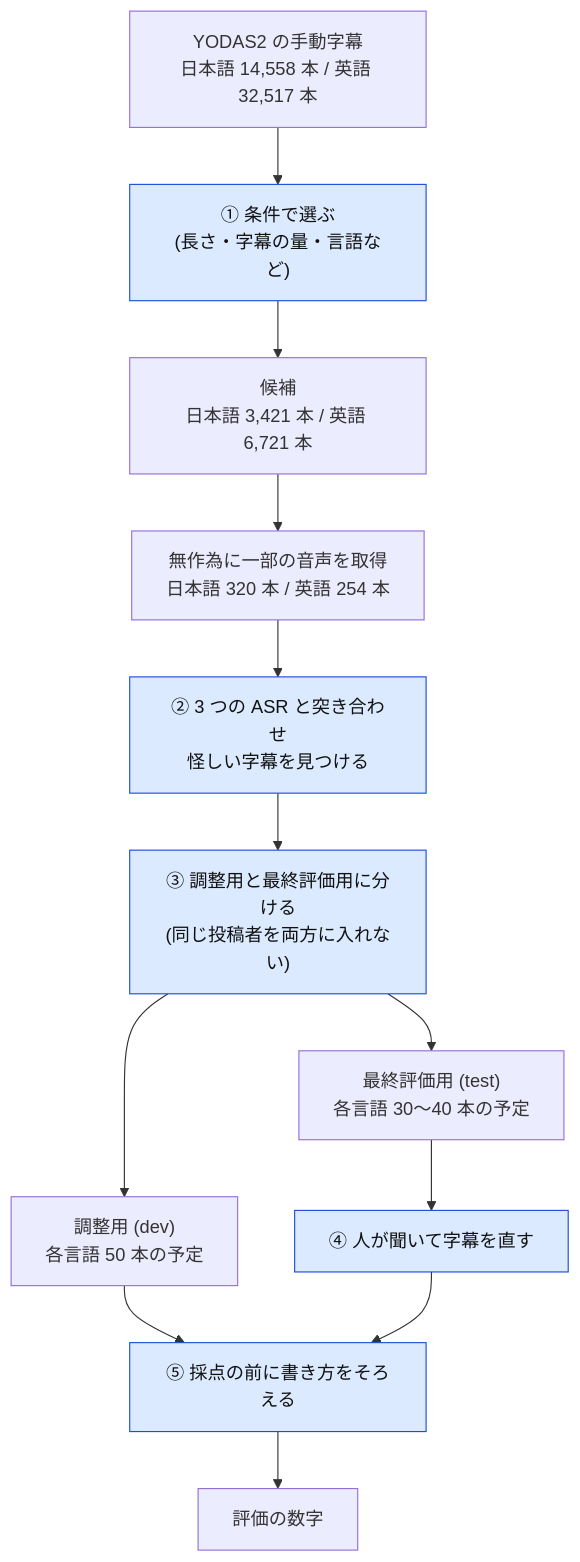
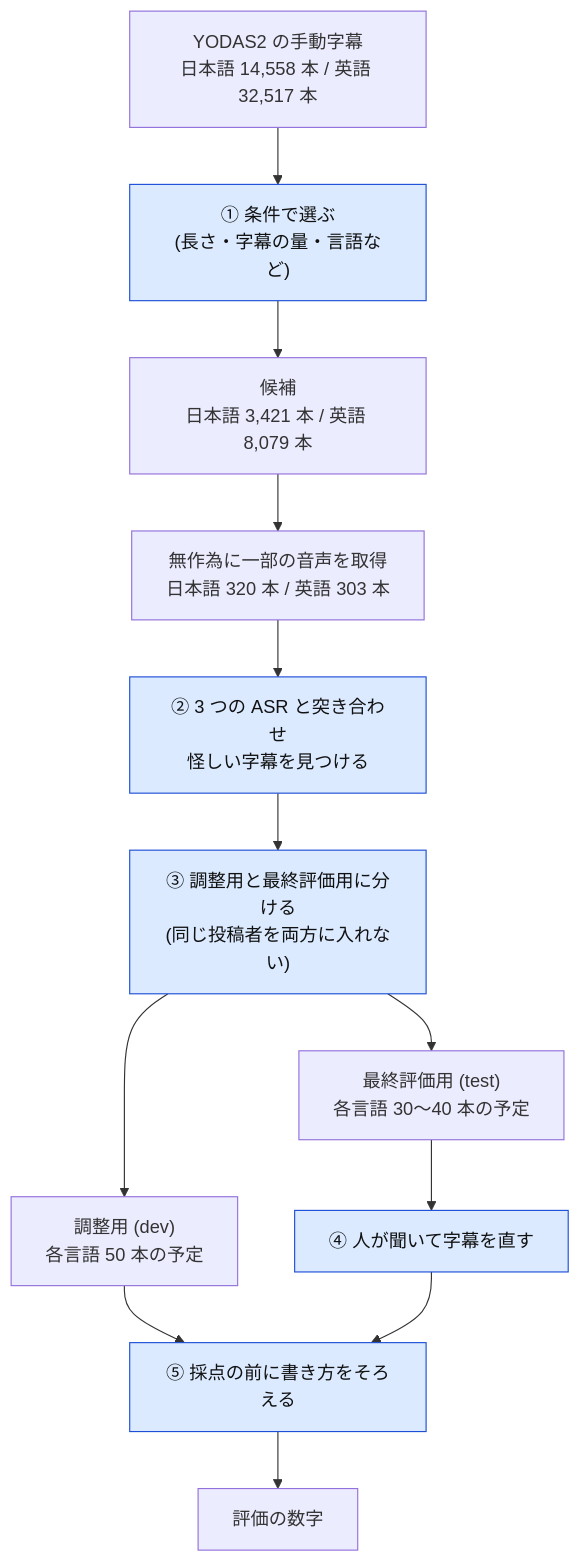
The first of 6 diagrams in docs/guides/benchmark/yodas2-longform-dataset.md (Mega-Gorilla/livecap-cli), drawn with Mermaid before and after one commit. The commit also changed other lines of this file, not shown here.

````diff
--- a/docs/guides/benchmark/yodas2-longform-dataset.md
+++ b/docs/guides/benchmark/yodas2-longform-dataset.md
@@ -17,19 +17,19 @@
 ```mermaid
 flowchart TD
     A["YODAS2 の手動字幕<br/>日本語 14,558 本 / 英語 32,517 本"] --> B["① 条件で選ぶ<br/>(長さ・字幕の量・言語など)"]
-    B --> C["候補<br/>日本語 3,421 本 / 英語 6,721 本"]
-    C --> D["無作為に一部の音声を取得<br/>日本語 320 本 / 英語 254 本"]
+    B --> C["候補<br/>日本語 3,421 本 / 英語 8,079 本"]
+    C --> D["無作為に一部の音声を取得<br/>日本語 320 本 / 英語 303 本"]
     D --> E["② 3 つの ASR と突き合わせ<br/>怪しい字幕を見つける"]
     E --> F["③ 調整用と最終評価用に分ける<br/>(同じ投稿者を両方に入れない)"]
     F --> G["調整用 (dev)<br/>各言語 50 本の予定"]
     F --> H["最終評価用 (test)<br/>各言語 30〜40 本の予定"]
     H --> I["④ 人が聞いて字幕を直す"]
     G --> J["⑤ 採点の前に書き方をそろえる"]
     I --> J
     J --> K["評価の数字"]
     style B fill:#dbeafe,stroke:#1d4ed8,color:#111
     style E fill:#dbeafe,stroke:#1d4ed8,color:#111
     style F fill:#dbeafe,stroke:#1d4ed8,color:#111
     style I fill:#dbeafe,stroke:#1d4ed8,color:#111
     style J fill:#dbeafe,stroke:#1d4ed8,color:#111
 ```
````
